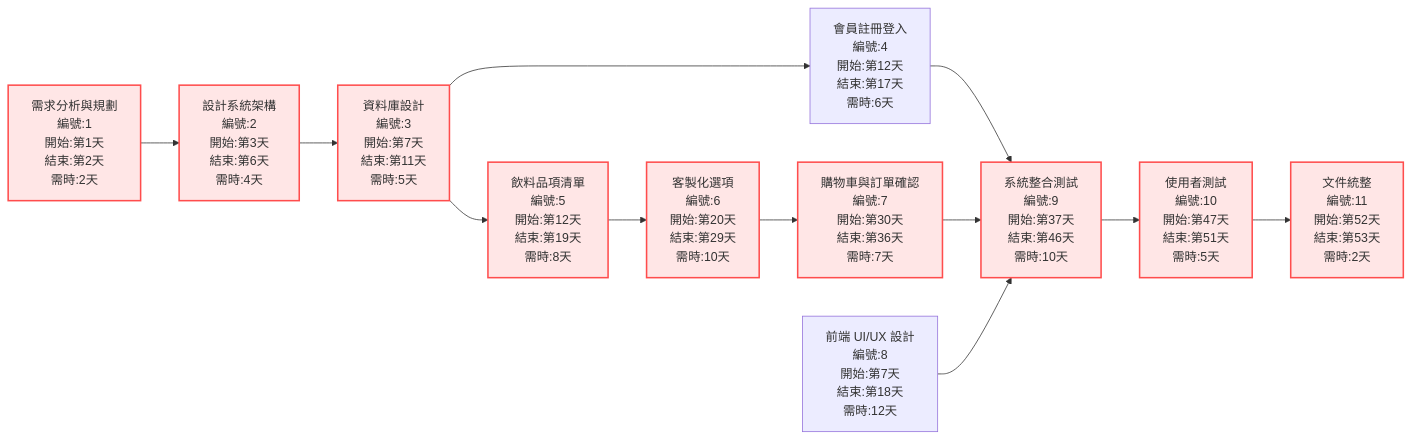
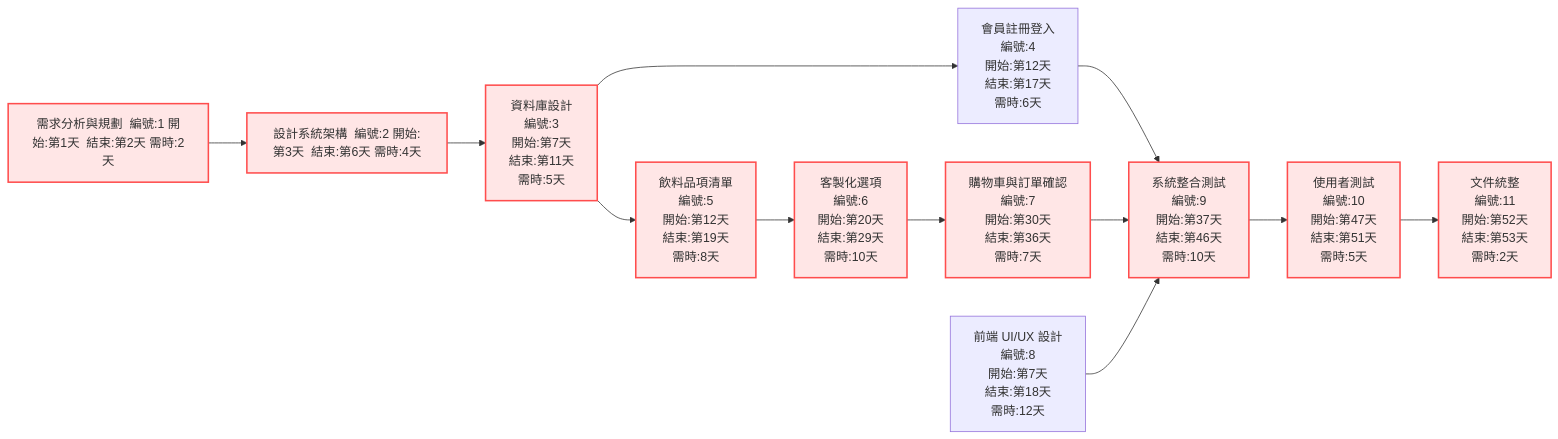
One commit to Ling7100/hw-group changed the first of 2 diagrams in group12_drink.md. Above: the diagram before and after it, drawn with Mermaid.

````diff
--- a/group12_drink.md
+++ b/group12_drink.md
@@ -4,30 +4,30 @@
 ```mermaid
 flowchart LR
-    A["需求分析與規劃\n編號:1\n開始:第1天\n結束:第2天\n需時:2天"]
-    B["設計系統架構\n編號:2\n開始:第3天\n結束:第6天\n需時:4天"]
+    A["需求分析與規劃  編號:1 開始:第1天  結束:第2天 需時:2天"]
+    B["設計系統架構  編號:2 開始:第3天  結束:第6天 需時:4天"]
     C["資料庫設計\n編號:3\n開始:第7天\n結束:第11天\n需時:5天"]
     D["會員註冊登入\n編號:4\n開始:第12天\n結束:第17天\n需時:6天"]
     E["飲料品項清單\n編號:5\n開始:第12天\n結束:第19天\n需時:8天"]
     F["客製化選項\n編號:6\n開始:第20天\n結束:第29天\n需時:10天"]
     G["購物車與訂單確認\n編號:7\n開始:第30天\n結束:第36天\n需時:7天"]
     H["前端 UI/UX 設計\n編號:8\n開始:第7天\n結束:第18天\n需時:12天"]
     I["系統整合測試\n編號:9\n開始:第37天\n結束:第46天\n需時:10天"]
     J["使用者測試\n編號:10\n開始:第47天\n結束:第51天\n需時:5天"]
     K["文件統整\n編號:11\n開始:第52天\n結束:第53天\n需時:2天"]
 
     A --> B
     B --> C
     C --> D
     C --> E
     E --> F
     F --> G
     D --> I
     G --> I
     H --> I
     I --> J
     J --> K
 
     %% 標示關鍵路徑的 class（可視化）
     classDef critical fill:#ffe6e6,stroke:#ff4d4d,stroke-width:2px;
     class A,B,C,E,F,G,I,J,K critical;
 ```
````
